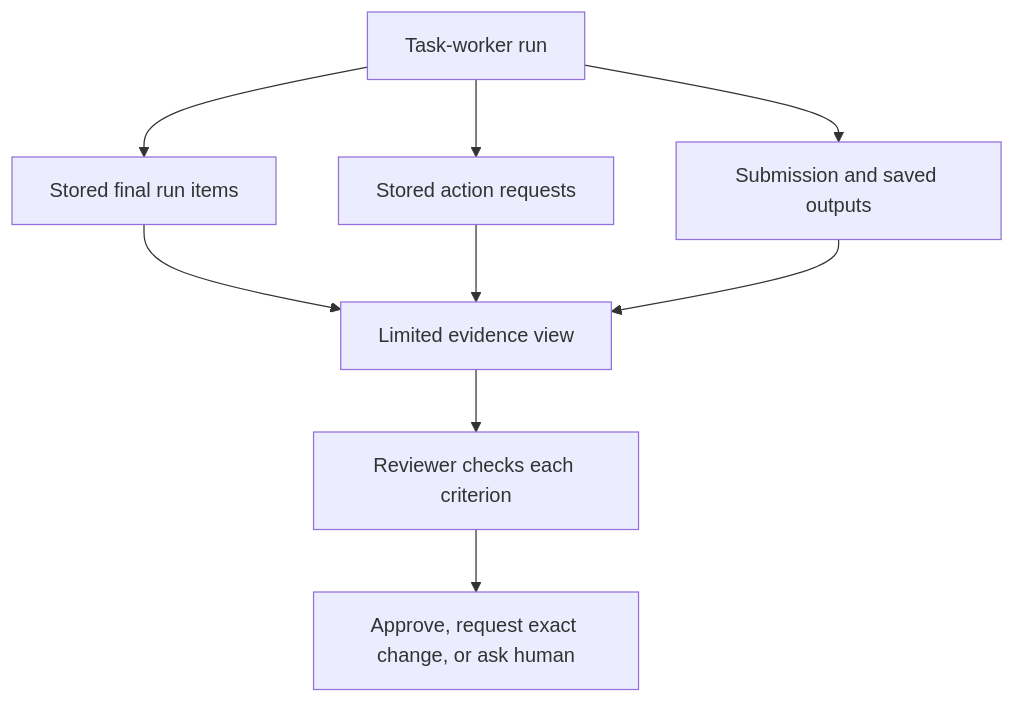
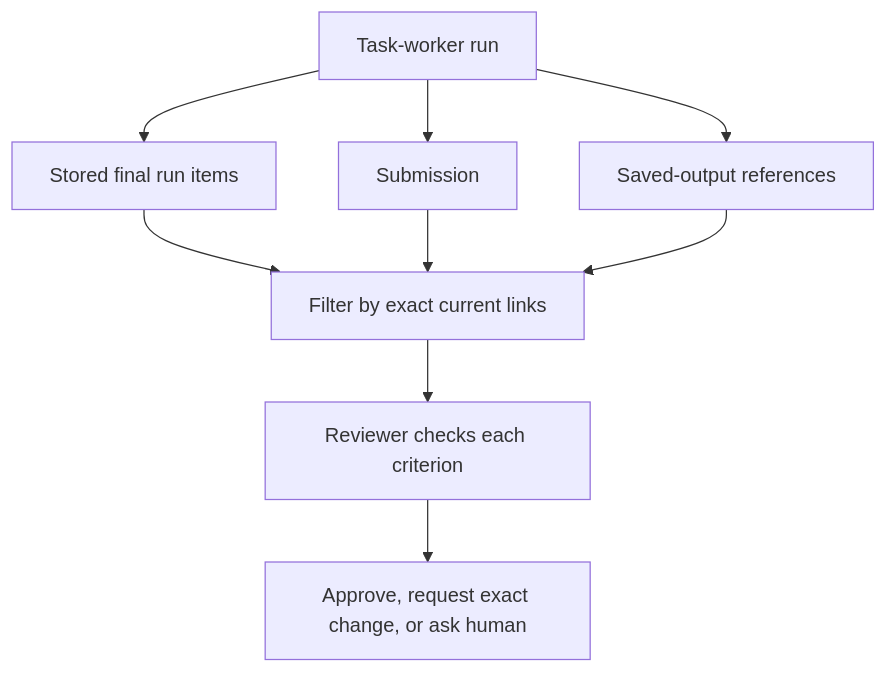
One commit to kpsuperplane/Noema changed diagram 18 of 29 in docs/superpowers/plans/2026-08-08-noema-practical-reliability-roadmap.md. Above: the diagram before and after it, drawn with Mermaid. The commit also changed other lines of this file, not shown here.

Commit message:
docs: simplify reliability roadmap

````diff
--- a/docs/superpowers/plans/2026-08-08-noema-practical-reliability-roadmap.md
+++ b/docs/superpowers/plans/2026-08-08-noema-practical-reliability-roadmap.md
@@ -1095,15 +917,15 @@
 ```mermaid
 flowchart TD
     A["Task-worker run"]
     B["Stored final run items"]
-    C["Stored action requests"]
-    D["Submission and saved outputs"]
-    E["Limited evidence view"]
+    C["Submission"]
+    D["Saved-output references"]
+    E["Filter by exact current links"]
     F["Reviewer checks each criterion"]
     G["Approve, request exact change, or ask human"]
 
     A --> B --> E
     A --> C --> E
     A --> D --> E
     E --> F --> G
 ```
````
